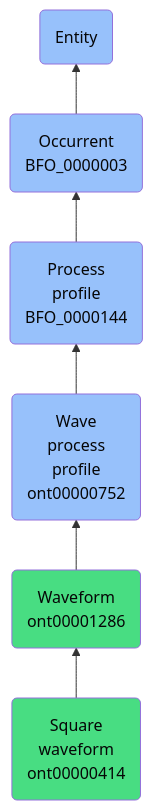
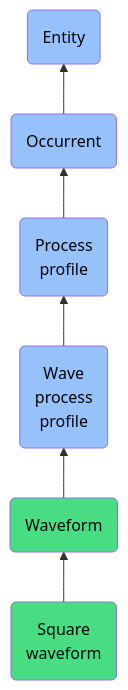
The diagram in docs/ontology/reference/model/Entity/Occurrent/Process profile/Wave process profile/Waveform/Square waveform/Square waveform.md (jupyter-naas/abi), drawn with Mermaid before and after one commit. The commit also changed other lines of this file and 1430 other files, not shown here.

````diff
--- a/docs/ontology/reference/model/Entity/Occurrent/Process profile/Wave process profile/Waveform/Square waveform/Square waveform.md
+++ b/docs/ontology/reference/model/Entity/Occurrent/Process profile/Wave process profile/Waveform/Square waveform/Square waveform.md
@@ -24,13 +24,13 @@
 ```mermaid
 graph BT
-    ont00000414(Square<br>waveform<br>ont00000414):::ABI-->ont00001286
-    ont00001286(Waveform<br>ont00001286):::ABI-->ont00000752
-    ont00000752(Wave<br>process<br>profile<br>ont00000752):::BFO-->BFO_0000144
-    BFO_0000144(Process<br>profile<br>BFO_0000144):::BFO-->BFO_0000003
-    BFO_0000003(Occurrent<br>BFO_0000003):::BFO-->BFO_0000001
+    ont00000414(Square<br>waveform):::ABI-->ont00001286
+    ont00001286(Waveform):::ABI-->ont00000752
+    ont00000752(Wave<br>process<br>profile):::BFO-->BFO_0000144
+    BFO_0000144(Process<br>profile):::BFO-->BFO_0000003
+    BFO_0000003(Occurrent):::BFO-->BFO_0000001
     BFO_0000001(Entity):::BFO
     
     classDef BFO fill:#97c1fb,color:#060606
     classDef CCO fill:#e4c51e,color:#060606
     classDef ABI fill:#48DD82,color:#060606
 ```
````
